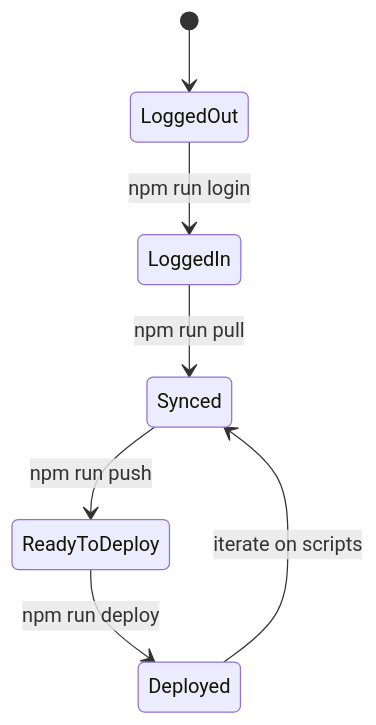
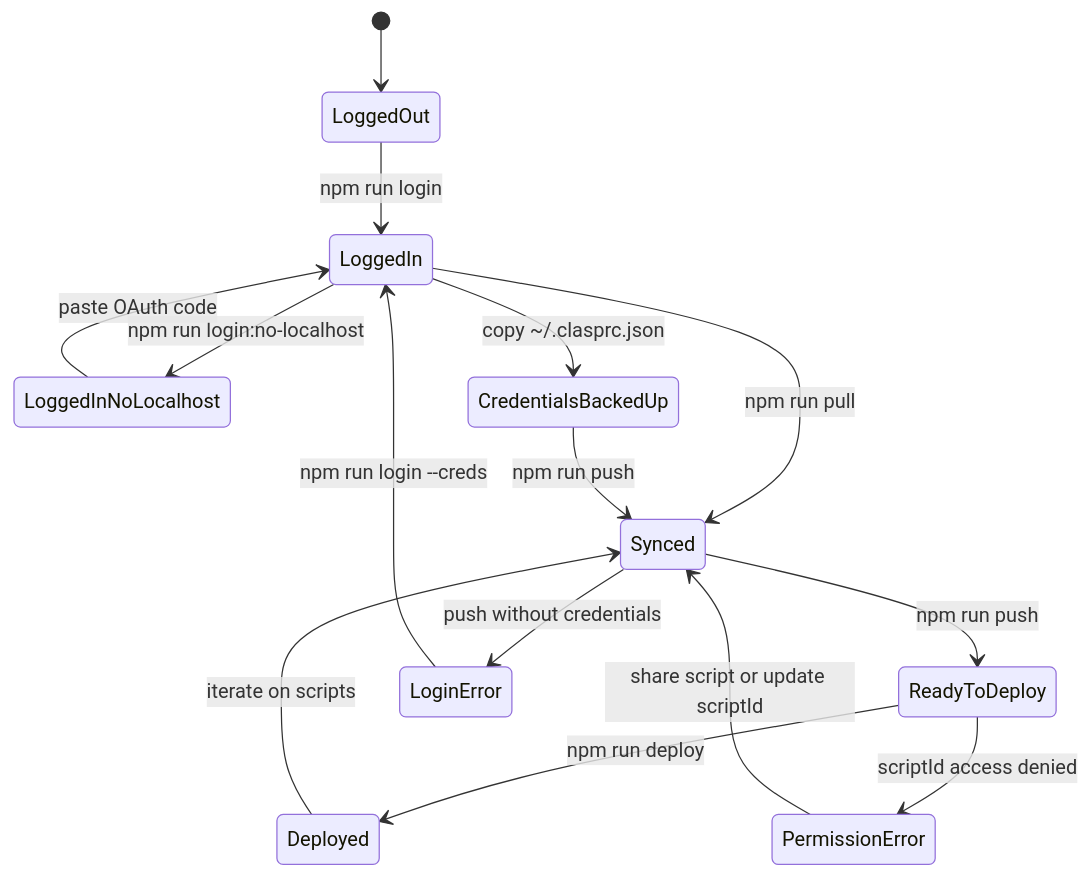
Before and after one commit to muyueh/hello-claps: the second of 5 diagrams in README.md, drawn with Mermaid. The commit also changed other lines of this file and 2 other files, not shown here.

````diff
--- a/README.md
+++ b/README.md
@@ -11,9 +21,17 @@
 ```mermaid
 stateDiagram-v2
   [*] --> LoggedOut
   LoggedOut --> LoggedIn: npm run login
+  LoggedIn --> LoggedInNoLocalhost: npm run login:no-localhost
+  LoggedInNoLocalhost --> LoggedIn: paste OAuth code
   LoggedIn --> Synced: npm run pull
   Synced --> ReadyToDeploy: npm run push
   ReadyToDeploy --> Deployed: npm run deploy
   Deployed --> Synced: iterate on scripts
+  Synced --> LoginError: push without credentials
+  LoginError --> LoggedIn: npm run login --creds <file>
+  LoggedIn --> CredentialsBackedUp: copy ~/.clasprc.json
+  CredentialsBackedUp --> Synced: npm run push
+  ReadyToDeploy --> PermissionError: scriptId access denied
+  PermissionError --> Synced: share script or update scriptId
 ```
````
